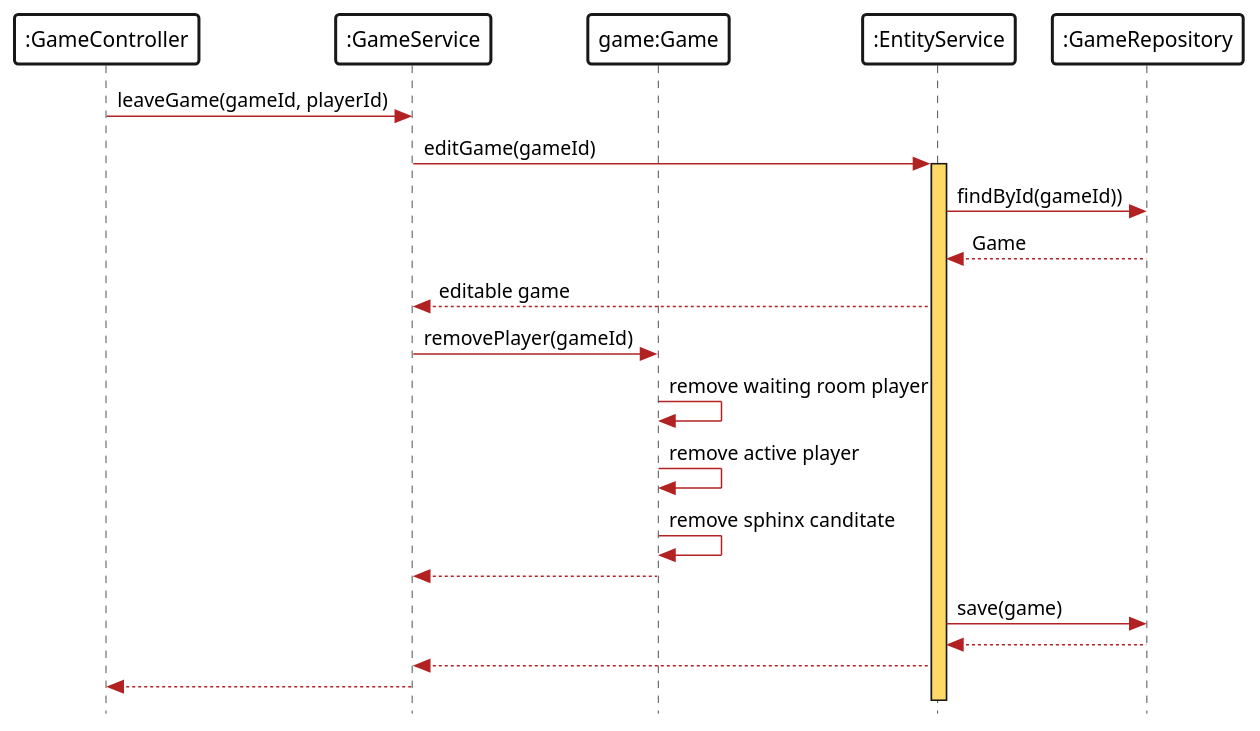
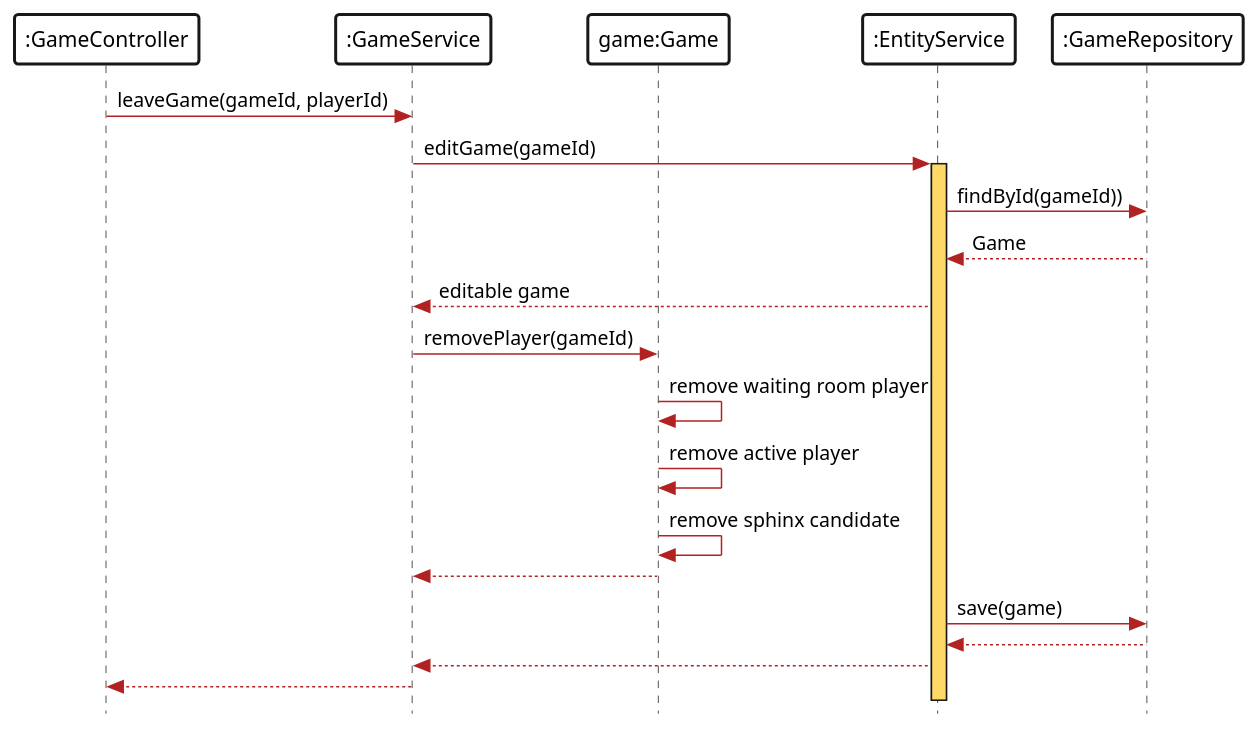
Before and after one commit to patrickwinti/worldwidewalter: the diagram in docs/diagrams/SSD_leave_game.plantuml, drawn with PlantUML.

Commit message:
[WWW-59] fixes typo

```diff
--- a/docs/diagrams/SSD_leave_game.plantuml
+++ b/docs/diagrams/SSD_leave_game.plantuml
@@ -1,44 +1,44 @@
 @startuml
 skinparam sequence {
     BackgroundColor white
     BorderColor Black
     ArrowColor Firebrick
     BorderThickness 2
     LifeLineBackgroundColor #FFD966
 
 }
 skinparam Note{
     BorderColor #FFD966
     BackgroundColor #FFD966
 }
 skinparam participant {
     BackgroundColor white
     BorderThickness 2
 }
 skinparam responseMessageBelowArrow true
 skinparam style strictuml
 
 participant ":GameController" as gc
 participant ":GameService" as gs
 participant "game:Game" as game
 participant ":EntityService" as ges
 participant ":GameRepository" as gr
 
 gc -> gs: leaveGame(gameId, playerId)
 gs -> ges: editGame(gameId)
 activate ges
 ges -> gr : findById(gameId))
 gr  --> ges: Game
 ges --> gs: editable game
 gs -> game: removePlayer(gameId)
 game ->game: remove waiting room player
 game ->game: remove active player
-game ->game: remove sphinx canditate
+game ->game: remove sphinx candidate
 game --> gs
 ges -> gr : save(game)
 gr --> ges
 ges --> gs
 gs --> gc
 
 
 @enduml
```
